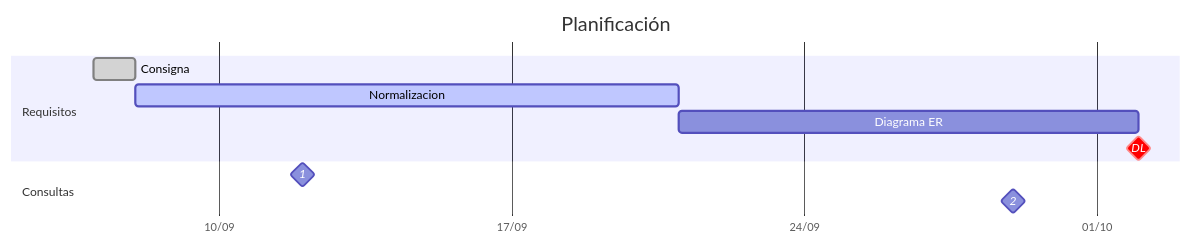
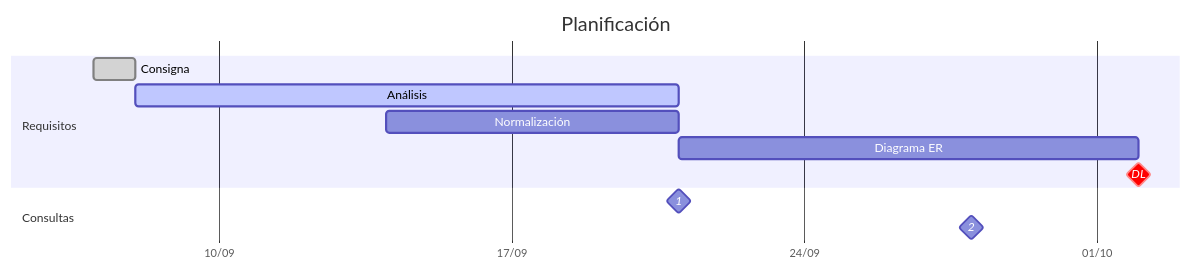
The first of 2 diagrams in README.md (Rodolinux/TUP-MS-TP-2023), drawn with Mermaid before and after one commit. The commit also changed other lines of this file and 1 other file, not shown here.

Commit message:
Agrego analisis del enunciado, esquema actual y roles

````diff
--- a/README.md
+++ b/README.md
@@ -8,17 +8,18 @@
 ```mermaid
 gantt
 dateFormat DD-MM
 axisFormat %d/%m
 tickInterval 1week
 title Planificación
 
 section Requisitos
 Consigna        :done,      07-09, 08-09
-Normalizacion   :active,    08-09, 21-09
+Análisis        :active,    08-09, 21-09
+Normalización   :           14-09, 21-09
 Diagrama ER     :           21-09, 02-10
 DL              : milestone, crit, 02-10, 0d
 
 section Consultas
-1        :milestone, 12-09, 0d
-2        :milestone, 29-09, 0d
+1        :milestone, 21-09, 0d
+2        :milestone, 28-09, 0d
 ```
````
